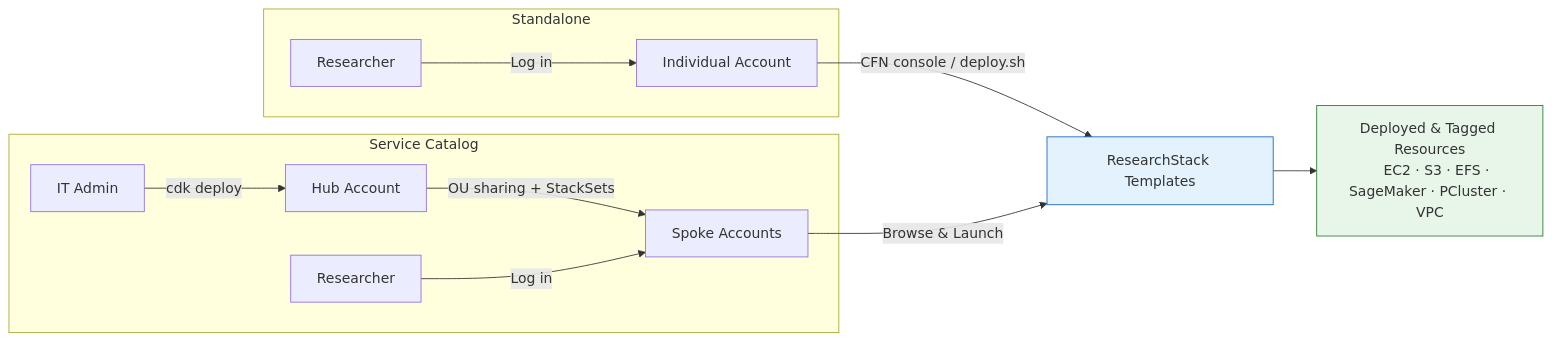
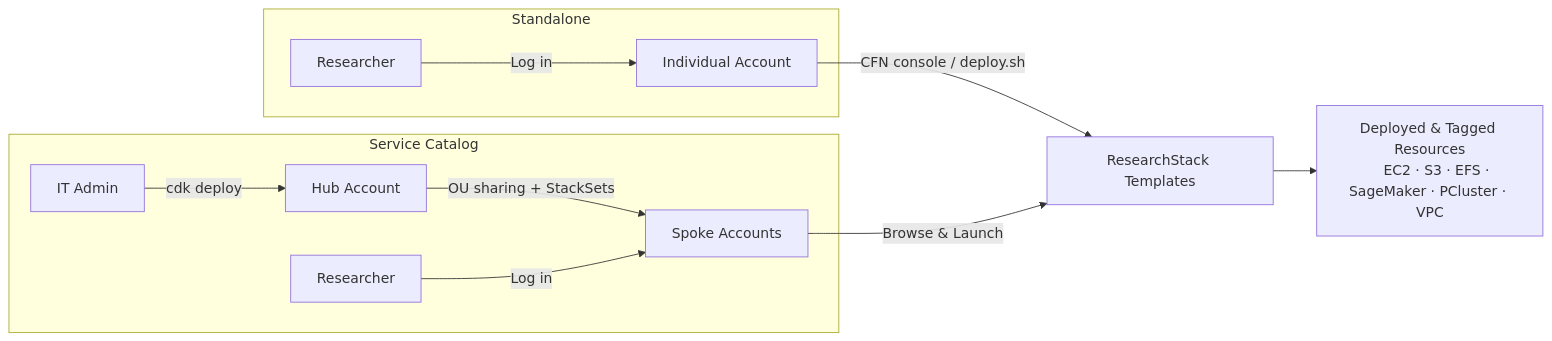
Before and after one commit to awslabs/researchstack-on-aws: the diagram in README.md, drawn with Mermaid. The commit also changed other lines of this file, not shown here.

Commit message:
Remove custom mermaid colors for better readability

````diff
--- a/README.md
+++ b/README.md
@@ -96,20 +96,19 @@
 ```mermaid
 graph LR
     subgraph Standalone
         R1[Researcher] -->|Log in| Acct[Individual Account]
     end
 
     subgraph "Service Catalog"
         Admin[IT Admin] -->|"cdk deploy"| Hub[Hub Account]
         Hub -->|"OU sharing + StackSets"| Spoke[Spoke Accounts]
         R2[Researcher] -->|Log in| Spoke
     end
 
     Acct -->|"CFN console / deploy.sh"| T[ResearchStack Templates]
     Spoke -->|"Browse & Launch"| T
     T --> R["Deployed & Tagged Resources
     EC2 · S3 · EFS · SageMaker · PCluster · VPC"]
 
-    style T fill:#e3f2fd,stroke:#1565c0
-    style R fill:#e8f5e9,stroke:#2e7d32
+
 ```
````
